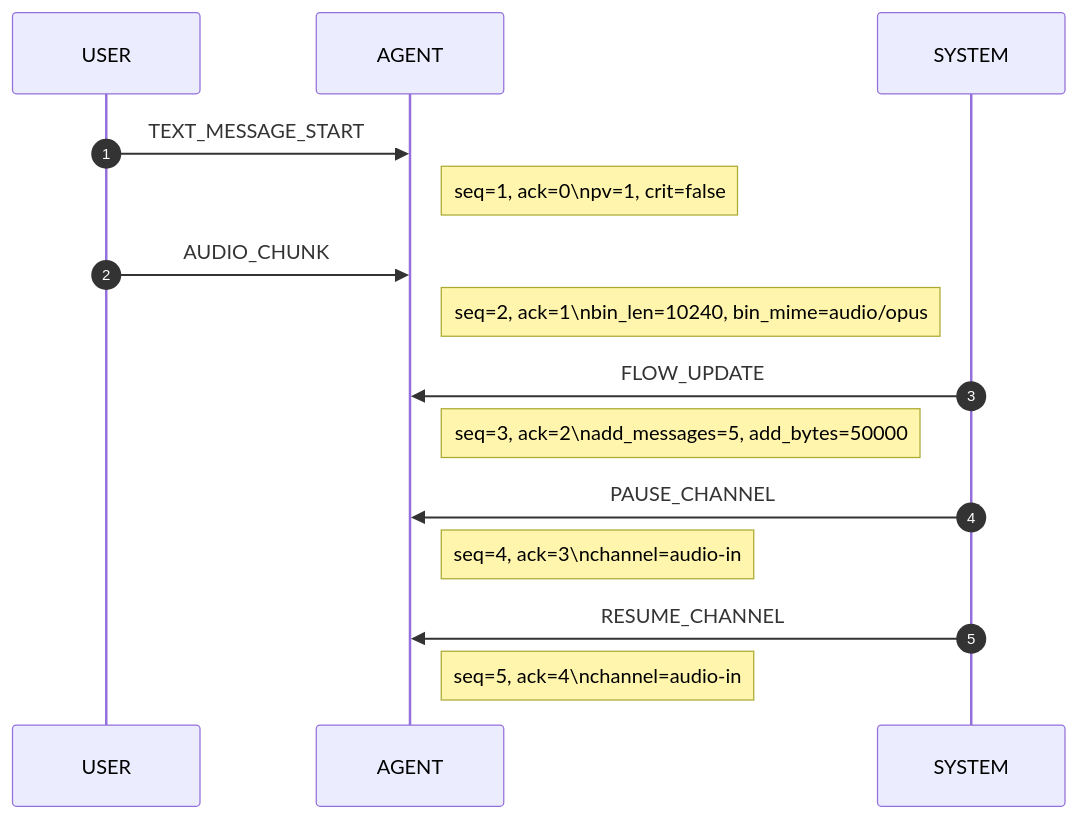
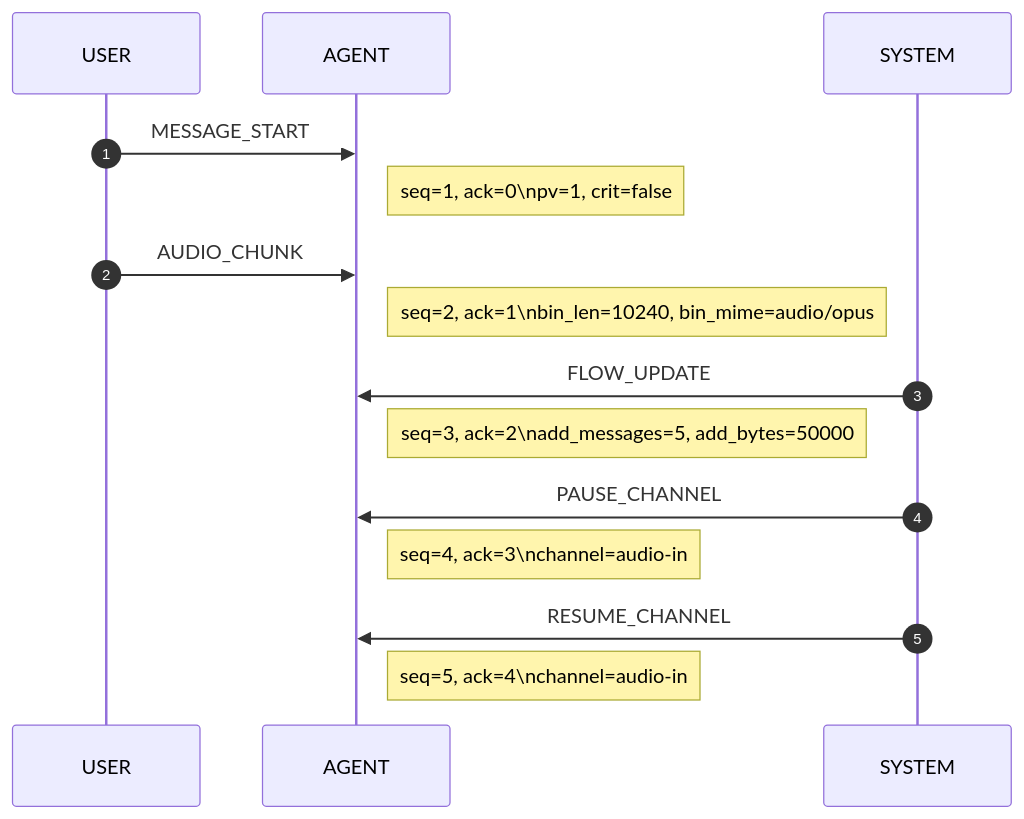
Before and after one commit to haiprotocol/haip: the second of 2 diagrams in README.md, drawn with Mermaid. The commit also changed other lines of this file and 51 other files, not shown here.

````diff
--- a/README.md
+++ b/README.md
@@ -601,22 +677,22 @@
 ```mermaid
 sequenceDiagram
     autonumber
     participant U as USER
     participant A as AGENT
     participant S as SYSTEM
 
-    U->>A: TEXT_MESSAGE_START
+    U->>A: MESSAGE_START
     note right of A: seq=1, ack=0\npv=1, crit=false
 
     U->>A: AUDIO_CHUNK
     note right of A: seq=2, ack=1\nbin_len=10240, bin_mime=audio/opus
 
     S->>A: FLOW_UPDATE
     note right of A: seq=3, ack=2\nadd_messages=5, add_bytes=50000
 
     S->>A: PAUSE_CHANNEL
     note right of A: seq=4, ack=3\nchannel=audio-in
 
     S->>A: RESUME_CHANNEL
     note right of A: seq=5, ack=4\nchannel=audio-in
 ```
````
